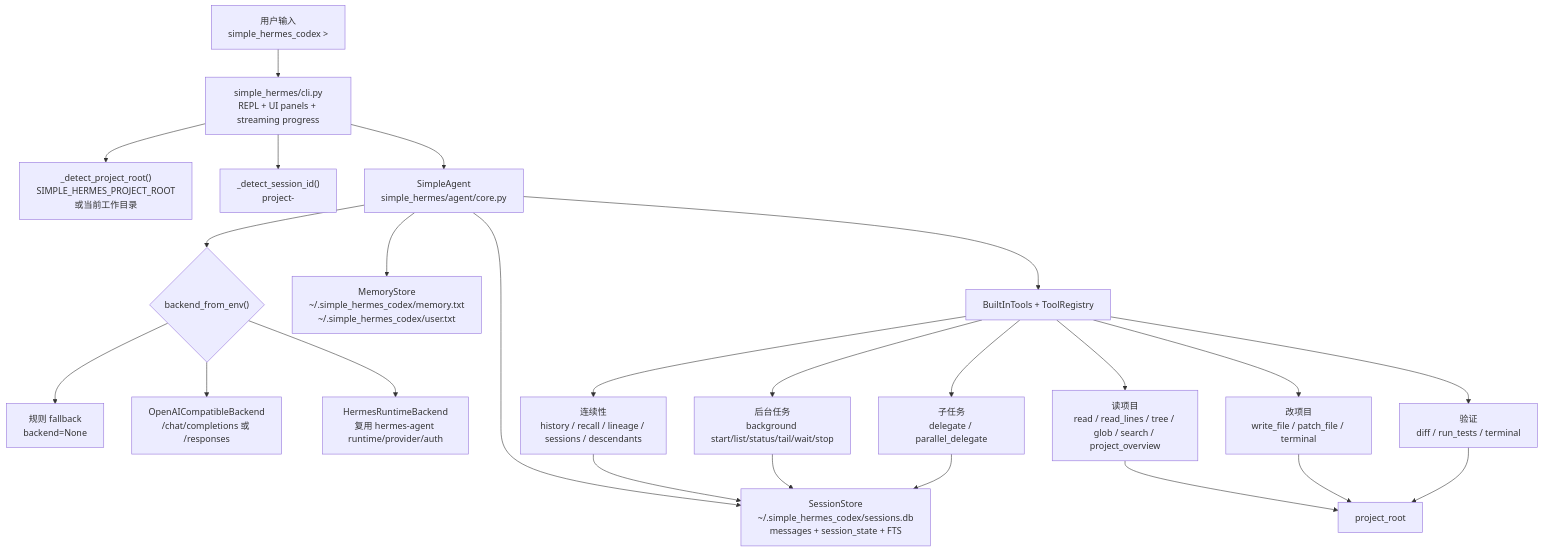
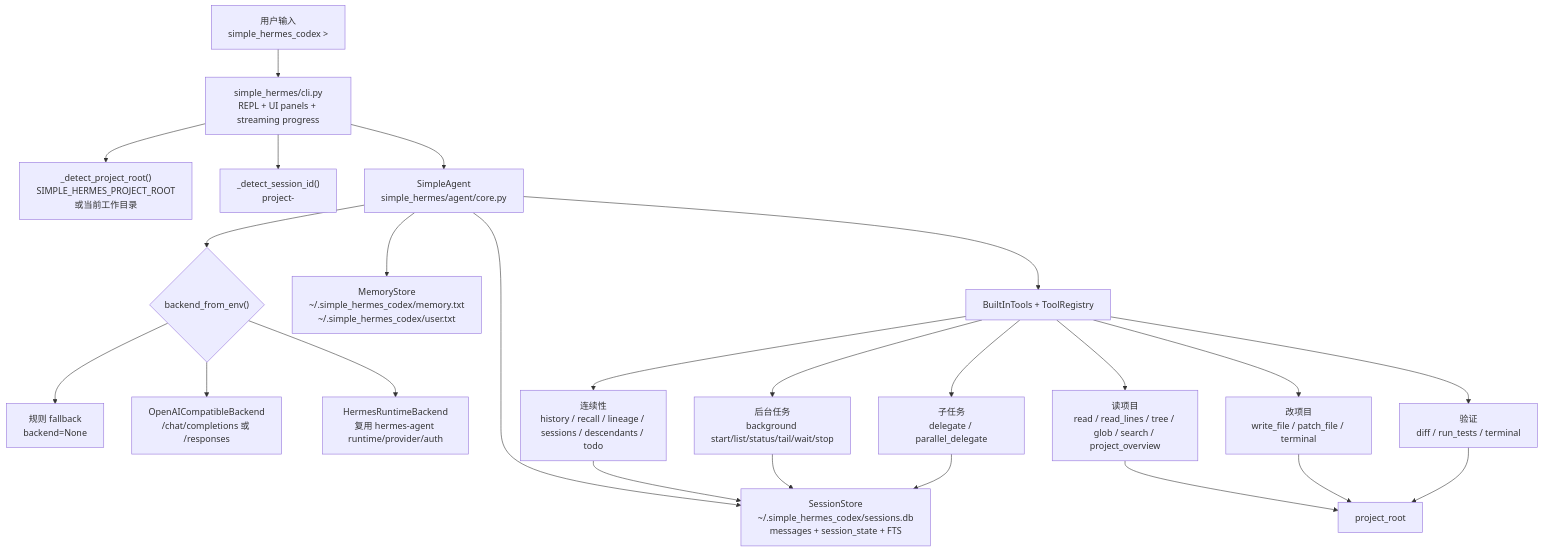
One commit to floatingstarZ/simple_hermes changed the first of 18 diagrams in M_docs/IMPLEMENTATION_DETAILS.md. Above: the diagram before and after it, drawn with Mermaid. The commit also changed other lines of this file and 6 other files, not shown here.

````diff
--- a/M_docs/IMPLEMENTATION_DETAILS.md
+++ b/M_docs/IMPLEMENTATION_DETAILS.md
@@ -7,31 +7,31 @@
 ```mermaid
 flowchart TB
     User["用户输入\nsimple_hermes_codex >"] --> CLI["simple_hermes/cli.py\nREPL + UI panels + streaming progress"]
 
     CLI --> RootDetect["_detect_project_root()\nSIMPLE_HERMES_PROJECT_ROOT\n或当前工作目录"]
     CLI --> SessionDetect["_detect_session_id()\nproject-<sha1(root)>"]
     CLI --> Agent["SimpleAgent\nsimple_hermes/agent/core.py"]
 
     Agent --> Backend{"backend_from_env()"}
     Backend --> Rule["规则 fallback\nbackend=None"]
     Backend --> OpenAI["OpenAICompatibleBackend\n/chat/completions 或 /responses"]
     Backend --> Hermes["HermesRuntimeBackend\n复用 hermes-agent runtime/provider/auth"]
 
     Agent --> Memory["MemoryStore\n~/.simple_hermes_codex/memory.txt\n~/.simple_hermes_codex/user.txt"]
     Agent --> Sessions["SessionStore\n~/.simple_hermes_codex/sessions.db\nmessages + session_state + FTS"]
     Agent --> Tools["BuiltInTools + ToolRegistry"]
 
     Tools --> ReadTools["读项目\nread / read_lines / tree / glob / search / project_overview"]
     Tools --> EditTools["改项目\nwrite_file / patch_file / terminal"]
     Tools --> VerifyTools["验证\ndiff / run_tests / terminal"]
-    Tools --> ContinuityTools["连续性\nhistory / recall / lineage / sessions / descendants"]
+    Tools --> ContinuityTools["连续性\nhistory / recall / lineage / sessions / descendants / todo"]
     Tools --> BackgroundTools["后台任务\nbackground start/list/status/tail/wait/stop"]
     Tools --> DelegateTools["子任务\ndelegate / parallel_delegate"]
 
     ReadTools --> Project["project_root"]
     EditTools --> Project
     VerifyTools --> Project
     ContinuityTools --> Sessions
     BackgroundTools --> Sessions
     DelegateTools --> Sessions
 ```
````
